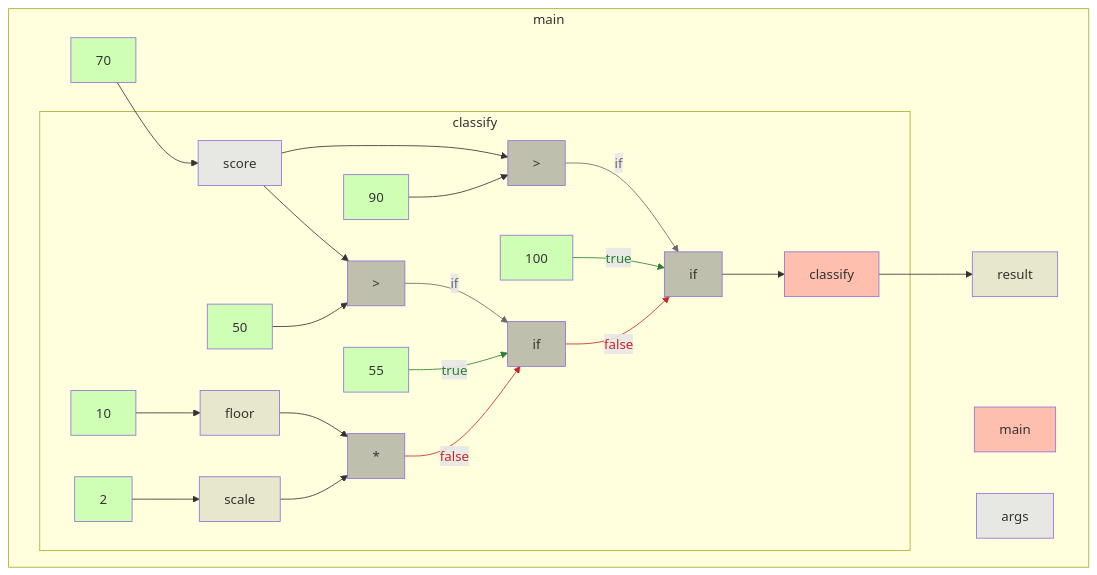
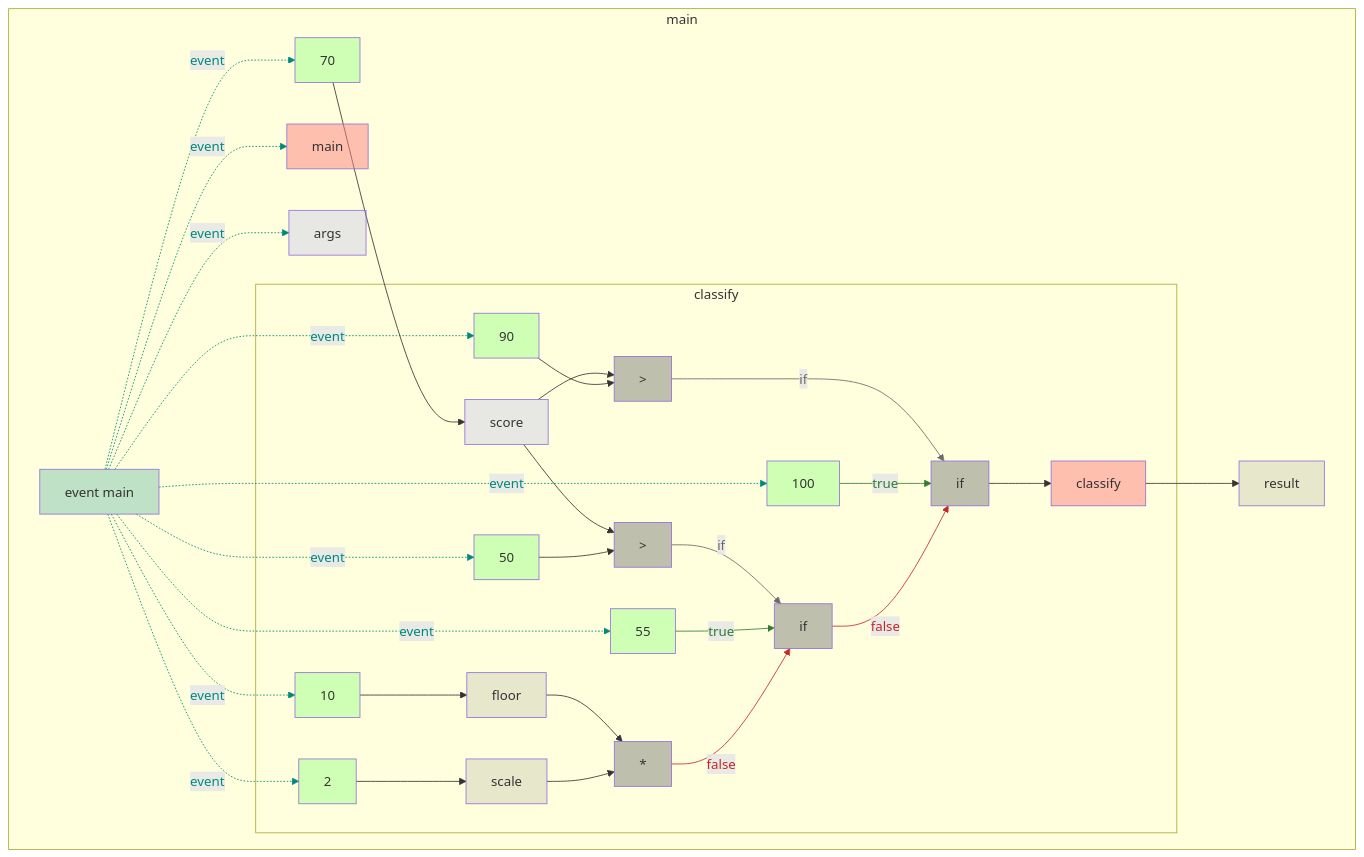
One commit to gstiebler/codeflow changed the diagram in app/src/test/resources/earlyReturn/snapshot.md. Above: the diagram before and after it, drawn with Mermaid. The commit also changed 77 other files, not shown here.

````diff
--- a/app/src/test/resources/earlyReturn/snapshot.md
+++ b/app/src/test/resources/earlyReturn/snapshot.md
@@ -1,56 +1,76 @@
 ```mermaid
 flowchart TD
   subgraph b0["main"]
-    n1[main]:::RETURN
-    n2[args]:::FUNC_PARAM
-    n3[70]:::LITERAL
-    n20[result]:::VARIABLE
-    n3[70]:::LITERAL --> n6[score]:::FUNC_PARAM
-    n5[classify]:::RETURN --> n20[result]:::VARIABLE
-    subgraph b4["classify"]
-      n5[classify]:::RETURN
-      n6[score]:::FUNC_PARAM
-      n7[90]:::LITERAL
-      n8[>]:::BIN_OP
-      n9[100]:::LITERAL
-      n10[50]:::LITERAL
-      n11[>]:::BIN_OP
-      n12[55]:::LITERAL
-      n13[10]:::LITERAL
-      n14[floor]:::VARIABLE
-      n15[2]:::LITERAL
-      n16[scale]:::VARIABLE
-      n17[*]:::BIN_OP
-      n18[if]:::BIN_OP
+    n1[event main]:::EVENT
+    n2[main]:::RETURN
+    n3[args]:::FUNC_PARAM
+    n4[70]:::LITERAL
+    n21[result]:::VARIABLE
+    n1[event main]:::EVENT -. event .-> n2[main]:::RETURN
+    n1[event main]:::EVENT -. event .-> n3[args]:::FUNC_PARAM
+    n1[event main]:::EVENT -. event .-> n4[70]:::LITERAL
+    n1[event main]:::EVENT -. event .-> n8[90]:::LITERAL
+    n1[event main]:::EVENT -. event .-> n10[100]:::LITERAL
+    n1[event main]:::EVENT -. event .-> n11[50]:::LITERAL
+    n1[event main]:::EVENT -. event .-> n13[55]:::LITERAL
+    n1[event main]:::EVENT -. event .-> n14[10]:::LITERAL
+    n1[event main]:::EVENT -. event .-> n16[2]:::LITERAL
+    n4[70]:::LITERAL --> n7[score]:::FUNC_PARAM
+    n6[classify]:::RETURN --> n21[result]:::VARIABLE
+    subgraph b5["classify"]
+      n6[classify]:::RETURN
+      n7[score]:::FUNC_PARAM
+      n8[90]:::LITERAL
+      n9[>]:::BIN_OP
+      n10[100]:::LITERAL
+      n11[50]:::LITERAL
+      n12[>]:::BIN_OP
+      n13[55]:::LITERAL
+      n14[10]:::LITERAL
+      n15[floor]:::VARIABLE
+      n16[2]:::LITERAL
+      n17[scale]:::VARIABLE
+      n18[*]:::BIN_OP
       n19[if]:::BIN_OP
-      n6[score]:::FUNC_PARAM --> n8[>]:::BIN_OP
-      n6[score]:::FUNC_PARAM --> n11[>]:::BIN_OP
-      n7[90]:::LITERAL --> n8[>]:::BIN_OP
-      n8[>]:::BIN_OP -->|if| n19[if]:::BIN_OP
-      n9[100]:::LITERAL -->|true| n19[if]:::BIN_OP
-      n10[50]:::LITERAL --> n11[>]:::BIN_OP
-      n11[>]:::BIN_OP -->|if| n18[if]:::BIN_OP
-      n12[55]:::LITERAL -->|true| n18[if]:::BIN_OP
-      n13[10]:::LITERAL --> n14[floor]:::VARIABLE
-      n14[floor]:::VARIABLE --> n17[*]:::BIN_OP
-      n15[2]:::LITERAL --> n16[scale]:::VARIABLE
-      n16[scale]:::VARIABLE --> n17[*]:::BIN_OP
-      n17[*]:::BIN_OP -->|false| n18[if]:::BIN_OP
-      n18[if]:::BIN_OP -->|false| n19[if]:::BIN_OP
-      n19[if]:::BIN_OP --> n5[classify]:::RETURN
+      n20[if]:::BIN_OP
+      n7[score]:::FUNC_PARAM --> n9[>]:::BIN_OP
+      n7[score]:::FUNC_PARAM --> n12[>]:::BIN_OP
+      n8[90]:::LITERAL --> n9[>]:::BIN_OP
+      n9[>]:::BIN_OP -->|if| n20[if]:::BIN_OP
+      n10[100]:::LITERAL -->|true| n20[if]:::BIN_OP
+      n11[50]:::LITERAL --> n12[>]:::BIN_OP
+      n12[>]:::BIN_OP -->|if| n19[if]:::BIN_OP
+      n13[55]:::LITERAL -->|true| n19[if]:::BIN_OP
+      n14[10]:::LITERAL --> n15[floor]:::VARIABLE
+      n15[floor]:::VARIABLE --> n18[*]:::BIN_OP
+      n16[2]:::LITERAL --> n17[scale]:::VARIABLE
+      n17[scale]:::VARIABLE --> n18[*]:::BIN_OP
+      n18[*]:::BIN_OP -->|false| n19[if]:::BIN_OP
+      n19[if]:::BIN_OP -->|false| n20[if]:::BIN_OP
+      n20[if]:::BIN_OP --> n6[classify]:::RETURN
     end
   end
-  linkStyle 5 stroke:#6a6a6a,color:#6a6a6a
-  linkStyle 6 stroke:#2e7d32,color:#2e7d32
-  linkStyle 8 stroke:#6a6a6a,color:#6a6a6a
-  linkStyle 9 stroke:#2e7d32,color:#2e7d32
-  linkStyle 14 stroke:#c62828,color:#c62828
-  linkStyle 15 stroke:#c62828,color:#c62828
+  linkStyle 0 stroke:#00897b,color:#00897b
+  linkStyle 1 stroke:#00897b,color:#00897b
+  linkStyle 2 stroke:#00897b,color:#00897b
+  linkStyle 3 stroke:#00897b,color:#00897b
+  linkStyle 4 stroke:#00897b,color:#00897b
+  linkStyle 5 stroke:#00897b,color:#00897b
+  linkStyle 6 stroke:#00897b,color:#00897b
+  linkStyle 7 stroke:#00897b,color:#00897b
+  linkStyle 8 stroke:#00897b,color:#00897b
+  linkStyle 14 stroke:#6a6a6a,color:#6a6a6a
+  linkStyle 15 stroke:#2e7d32,color:#2e7d32
+  linkStyle 17 stroke:#6a6a6a,color:#6a6a6a
+  linkStyle 18 stroke:#2e7d32,color:#2e7d32
+  linkStyle 23 stroke:#c62828,color:#c62828
+  linkStyle 24 stroke:#c62828,color:#c62828
   classDef LITERAL fill:#00FF0030
   classDef VARIABLE fill:#80808030
   classDef BIN_OP fill:#80808080
   classDef FUNC_PARAM fill:#8080FF30
   classDef RETURN fill:#FF808080
   classDef EXTERNAL fill:#FFA50040
   classDef UNMODELLED fill:#FF000030,stroke-dasharray: 4 2
+  classDef EVENT fill:#00897B40
 ```
````
